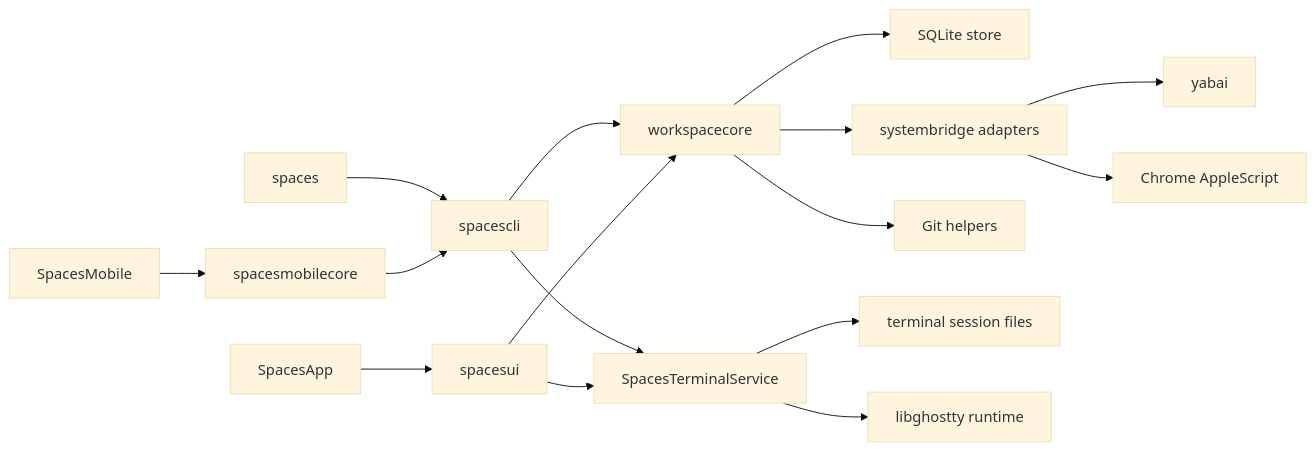
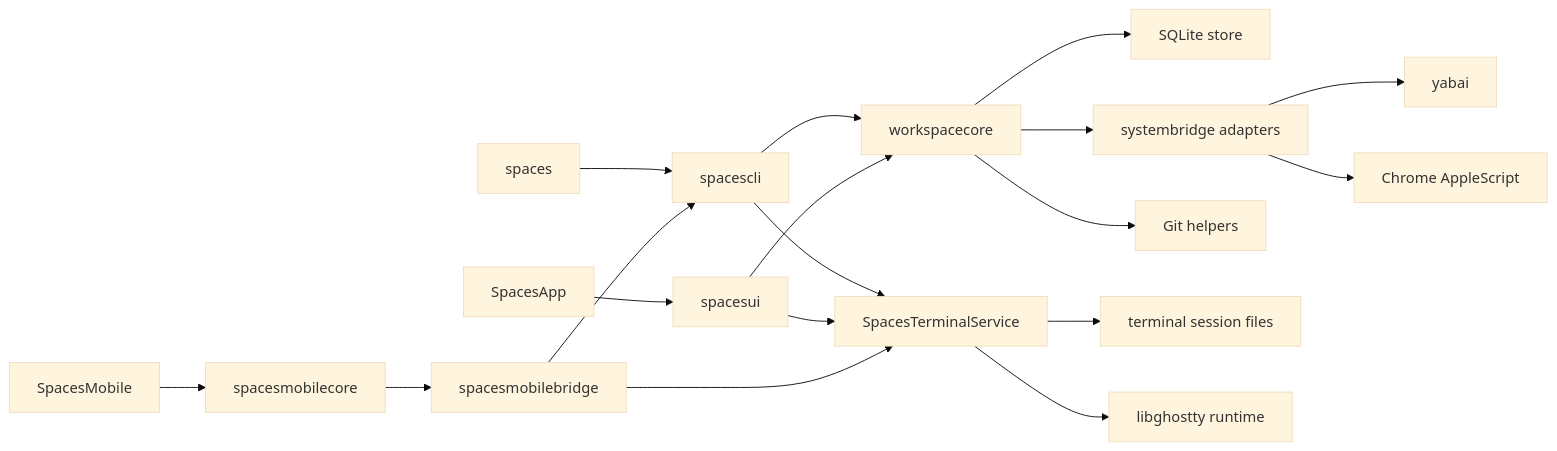
Before and after one commit to yogesh-dhande/spaces: the first of 2 diagrams in apps/macos/docs/architecture.md, drawn with Mermaid (base theme). The commit also changed other lines of this file and 26 other files, not shown here.

````diff
--- a/apps/macos/docs/architecture.md
+++ b/apps/macos/docs/architecture.md
@@ -17,21 +17,23 @@
 ```mermaid
 flowchart LR
   cli["spaces"] --> spacescli["spacescli"]
   spacescli --> stream["workspacecore"]
   spacescli --> terminalservice["SpacesTerminalService"]
   app["SpacesApp"] --> spacesui["spacesui"]
   spacesui --> stream
   spacesui --> terminalservice
   ios["SpacesMobile"] --> mobilecore["spacesmobilecore"]
-  mobilecore --> spacescli
+  mobilecore --> mobilebridge["spacesmobilebridge"]
+  mobilebridge --> terminalservice
+  mobilebridge --> spacescli
 
   stream --> store["SQLite store"]
   stream --> systembridge["systembridge adapters"]
   stream --> git["Git helpers"]
 
   terminalservice --> terminalfiles["terminal session files"]
   terminalservice --> ghostty["libghostty runtime"]
 
   systembridge --> yabai["yabai"]
   systembridge --> chrome["Chrome AppleScript"]
 ```
````
